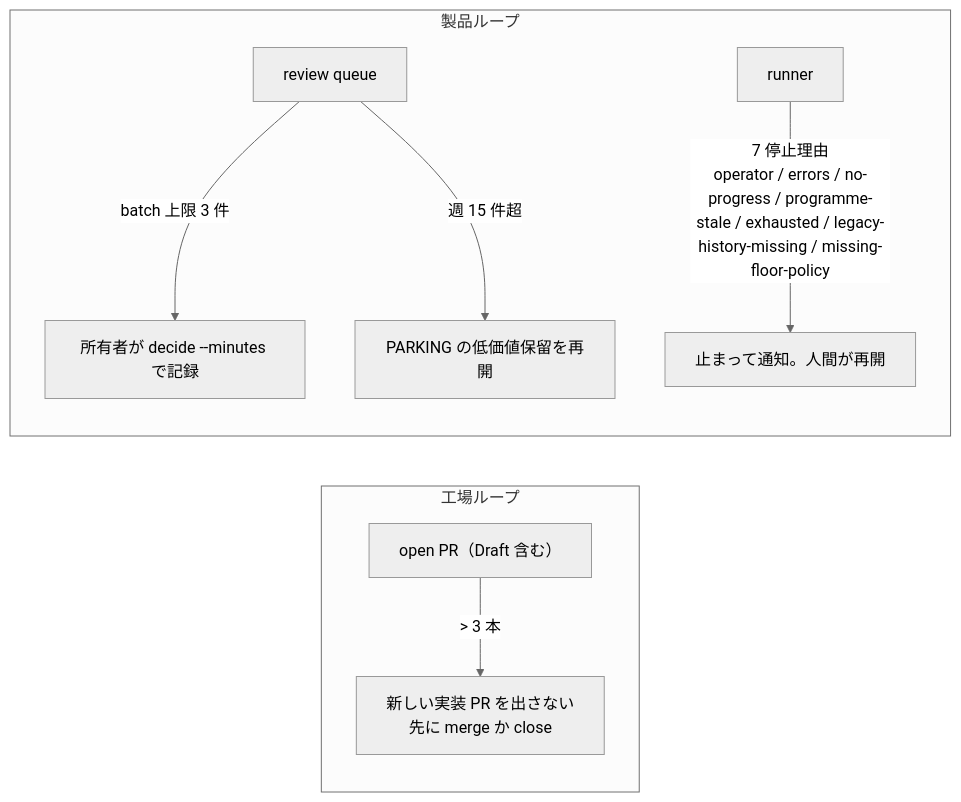
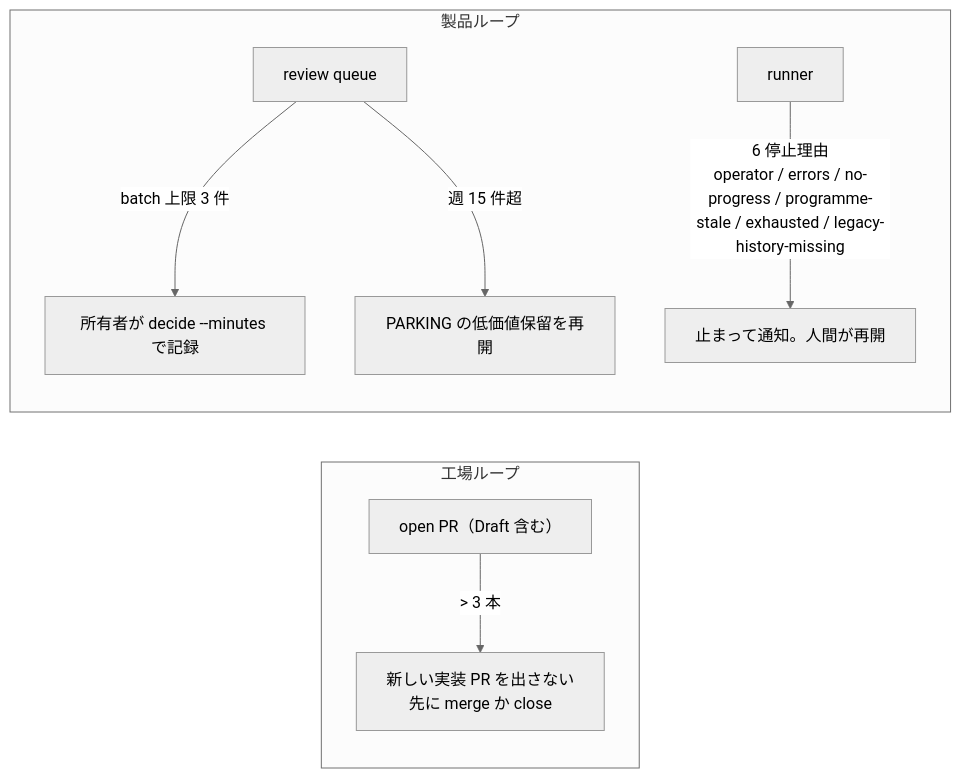
Before and after one commit to momoponwork1415-lgtm/wordpress-bounty-harness: the fifth of 6 diagrams in docs/FACTORY.md, drawn with Mermaid (neutral theme). The commit also changed 18 other files, not shown here.

````diff
--- a/docs/FACTORY.md
+++ b/docs/FACTORY.md
@@ -118,11 +118,11 @@
 ```mermaid
 flowchart LR
   subgraph DEV["工場ループ"]
     P["open PR（Draft 含む）"] -->|"> 3 本"| STOP1["新しい実装 PR を出さない<br/>先に merge か close"]
   end
   subgraph REV["製品ループ"]
     Q["review queue"] -->|batch 上限 3 件| STOP2["所有者が decide --minutes で記録"]
     Q -->|"週 15 件超"| STOP3["PARKING の低価値保留を再開"]
-    RUN["runner"] -->|"7 停止理由<br/>operator / errors / no-progress / programme-stale / exhausted / legacy-history-missing / missing-floor-policy"| STOP4["止まって通知。人間が再開"]
+    RUN["runner"] -->|"6 停止理由<br/>operator / errors / no-progress / programme-stale / exhausted / legacy-history-missing"| STOP4["止まって通知。人間が再開"]
   end
 ```
````
